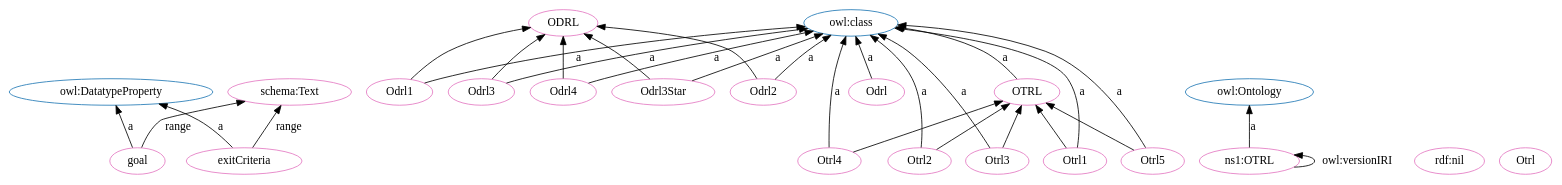
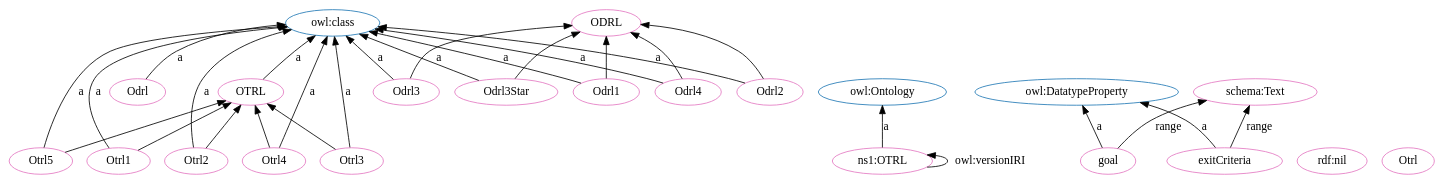
One commit to OPEN-NEXT/OKH-LOSH changed the diagram in OTRL.dot. Above: the diagram before and after it, drawn with Graphviz. The commit also changed other lines of this file and 15 other files, not shown here.

```diff
--- a/OTRL.dot
+++ b/OTRL.dot
@@ -1,56 +1,56 @@
 digraph G {
   rankdir=BT
   node[height=.3]
-"http://www.w3.org/2002/07/owl#DatatypeProperty" [fillcolor="#1f77b4" color="#1f77b4" label="owl:DatatypeProperty"]
 "http://purl.org/oseg/ontologies/OTRL#OTRL" [fillcolor="#1f77b4" color="#1f77b4" label="OTRL"]
 "http://www.w3.org/2002/07/owl#class" [fillcolor="#1f77b4" color="#1f77b4" label="owl:class"]
+"http://purl.org/oseg/ontologies/OTRL#ODRL" [fillcolor="#1f77b4" color="#1f77b4" label="ODRL"]
 "http://www.w3.org/2002/07/owl#Ontology" [fillcolor="#1f77b4" color="#1f77b4" label="owl:Ontology"]
-"http://purl.org/oseg/ontologies/OTRL#ODRL" [fillcolor="#1f77b4" color="#1f77b4" label="ODRL"]
+"http://www.w3.org/2002/07/owl#DatatypeProperty" [fillcolor="#1f77b4" color="#1f77b4" label="owl:DatatypeProperty"]
+"http://purl.org/oseg/ontologies/OTRL#Otrl3" [fillcolor="#e377c2" color="#e377c2" label="Otrl3"]
+"http://purl.org/oseg/ontologies/OTRL#Odrl" [fillcolor="#e377c2" color="#e377c2" label="Odrl"]
 "http://purl.org/oseg/ontologies/OTRL#OTRL" [fillcolor="#e377c2" color="#e377c2" label="OTRL"]
-"http://purl.org/oseg/ontologies/OTRL#Otrl2" [fillcolor="#e377c2" color="#e377c2" label="Otrl2"]
+"http://schema.org/Text" [fillcolor="#e377c2" color="#e377c2" label="schema:Text"]
+"http://purl.org/oseg/ontologies/OTRL" [fillcolor="#e377c2" color="#e377c2" label="ns1:OTRL"]
+"http://purl.org/oseg/ontologies/OTRL#Odrl4" [fillcolor="#e377c2" color="#e377c2" label="Odrl4"]
 "http://purl.org/oseg/ontologies/OTRL#goal" [fillcolor="#e377c2" color="#e377c2" label="goal"]
+"http://purl.org/oseg/ontologies/OTRL#ODRL" [fillcolor="#e377c2" color="#e377c2" label="ODRL"]
 "http://purl.org/oseg/ontologies/OTRL#Odrl3Star" [fillcolor="#e377c2" color="#e377c2" label="Odrl3Star"]
 "http://www.w3.org/1999/02/22-rdf-syntax-ns#nil" [fillcolor="#e377c2" color="#e377c2" label="rdf:nil"]
 "http://purl.org/oseg/ontologies/OTRL#Otrl5" [fillcolor="#e377c2" color="#e377c2" label="Otrl5"]
 "http://purl.org/oseg/ontologies/OTRL#Otrl" [fillcolor="#e377c2" color="#e377c2" label="Otrl"]
-"http://purl.org/oseg/ontologies/OTRL#Odrl" [fillcolor="#e377c2" color="#e377c2" label="Odrl"]
-"http://purl.org/oseg/ontologies/OTRL#ODRL" [fillcolor="#e377c2" color="#e377c2" label="ODRL"]
-"http://purl.org/oseg/ontologies/OTRL#Otrl3" [fillcolor="#e377c2" color="#e377c2" label="Otrl3"]
-"http://schema.org/Text" [fillcolor="#e377c2" color="#e377c2" label="schema:Text"]
-"http://purl.org/oseg/ontologies/OTRL" [fillcolor="#e377c2" color="#e377c2" label="ns1:OTRL"]
-"http://purl.org/oseg/ontologies/OTRL#Otrl4" [fillcolor="#e377c2" color="#e377c2" label="Otrl4"]
-"http://purl.org/oseg/ontologies/OTRL#Odrl4" [fillcolor="#e377c2" color="#e377c2" label="Odrl4"]
+"http://purl.org/oseg/ontologies/OTRL#Odrl3" [fillcolor="#e377c2" color="#e377c2" label="Odrl3"]
+"http://purl.org/oseg/ontologies/OTRL#Otrl2" [fillcolor="#e377c2" color="#e377c2" label="Otrl2"]
 "http://purl.org/oseg/ontologies/OTRL#exitCriteria" [fillcolor="#e377c2" color="#e377c2" label="exitCriteria"]
+"http://purl.org/oseg/ontologies/OTRL#Odrl1" [fillcolor="#e377c2" color="#e377c2" label="Odrl1"]
 "http://purl.org/oseg/ontologies/OTRL#Otrl1" [fillcolor="#e377c2" color="#e377c2" label="Otrl1"]
 "http://purl.org/oseg/ontologies/OTRL#Odrl2" [fillcolor="#e377c2" color="#e377c2" label="Odrl2"]
-"http://purl.org/oseg/ontologies/OTRL#Odrl1" [fillcolor="#e377c2" color="#e377c2" label="Odrl1"]
-"http://purl.org/oseg/ontologies/OTRL#Odrl3" [fillcolor="#e377c2" color="#e377c2" label="Odrl3"]
+"http://purl.org/oseg/ontologies/OTRL#Otrl4" [fillcolor="#e377c2" color="#e377c2" label="Otrl4"]
+  "http://purl.org/oseg/ontologies/OTRL#OTRL" -> "http://www.w3.org/2002/07/owl#class" [label="a"]
+  "http://purl.org/oseg/ontologies/OTRL#goal" -> "http://schema.org/Text" [label="range"]
   "http://purl.org/oseg/ontologies/OTRL#goal" -> "http://www.w3.org/2002/07/owl#DatatypeProperty" [label="a"]
-  "http://purl.org/oseg/ontologies/OTRL#Otrl3" -> "http://purl.org/oseg/ontologies/OTRL#OTRL" [label=""]
   "http://purl.org/oseg/ontologies/OTRL#Odrl" -> "http://www.w3.org/2002/07/owl#class" [label="a"]
   "http://purl.org/oseg/ontologies/OTRL#Odrl3" -> "http://purl.org/oseg/ontologies/OTRL#ODRL" [label=""]
+  "http://purl.org/oseg/ontologies/OTRL#Otrl2" -> "http://purl.org/oseg/ontologies/OTRL#OTRL" [label=""]
+  "http://purl.org/oseg/ontologies/OTRL#Otrl1" -> "http://purl.org/oseg/ontologies/OTRL#OTRL" [label=""]
+  "http://purl.org/oseg/ontologies/OTRL#Odrl1" -> "http://purl.org/oseg/ontologies/OTRL#ODRL" [label=""]
   "http://purl.org/oseg/ontologies/OTRL#Otrl4" -> "http://purl.org/oseg/ontologies/OTRL#OTRL" [label=""]
-  "http://purl.org/oseg/ontologies/OTRL#Odrl4" -> "http://purl.org/oseg/ontologies/OTRL#ODRL" [label=""]
+  "http://purl.org/oseg/ontologies/OTRL#exitCriteria" -> "http://schema.org/Text" [label="range"]
+  "http://purl.org/oseg/ontologies/OTRL#exitCriteria" -> "http://www.w3.org/2002/07/owl#DatatypeProperty" [label="a"]
+  "http://purl.org/oseg/ontologies/OTRL#Otrl3" -> "http://www.w3.org/2002/07/owl#class" [label="a"]
+  "http://purl.org/oseg/ontologies/OTRL" -> "http://www.w3.org/2002/07/owl#Ontology" [label="a"]
+  "http://purl.org/oseg/ontologies/OTRL#Odrl4" -> "http://www.w3.org/2002/07/owl#class" [label="a"]
+  "http://purl.org/oseg/ontologies/OTRL#Odrl3Star" -> "http://www.w3.org/2002/07/owl#class" [label="a"]
+  "http://purl.org/oseg/ontologies/OTRL#Odrl3Star" -> "http://purl.org/oseg/ontologies/OTRL#ODRL" [label=""]
+  "http://purl.org/oseg/ontologies/OTRL#Otrl5" -> "http://www.w3.org/2002/07/owl#class" [label="a"]
+  "http://purl.org/oseg/ontologies/OTRL#Otrl5" -> "http://purl.org/oseg/ontologies/OTRL#OTRL" [label=""]
+  "http://purl.org/oseg/ontologies/OTRL#Otrl3" -> "http://purl.org/oseg/ontologies/OTRL#OTRL" [label=""]
   "http://purl.org/oseg/ontologies/OTRL#Otrl4" -> "http://www.w3.org/2002/07/owl#class" [label="a"]
   "http://purl.org/oseg/ontologies/OTRL#Odrl3" -> "http://www.w3.org/2002/07/owl#class" [label="a"]
+  "http://purl.org/oseg/ontologies/OTRL#Otrl2" -> "http://www.w3.org/2002/07/owl#class" [label="a"]
+  "http://purl.org/oseg/ontologies/OTRL#Odrl4" -> "http://purl.org/oseg/ontologies/OTRL#ODRL" [label=""]
+  "http://purl.org/oseg/ontologies/OTRL" -> "http://purl.org/oseg/ontologies/OTRL" [label="owl:versionIRI"]
   "http://purl.org/oseg/ontologies/OTRL#Odrl2" -> "http://purl.org/oseg/ontologies/OTRL#ODRL" [label=""]
+  "http://purl.org/oseg/ontologies/OTRL#Odrl1" -> "http://www.w3.org/2002/07/owl#class" [label="a"]
+  "http://purl.org/oseg/ontologies/OTRL#Odrl2" -> "http://www.w3.org/2002/07/owl#class" [label="a"]
   "http://purl.org/oseg/ontologies/OTRL#Otrl1" -> "http://www.w3.org/2002/07/owl#class" [label="a"]
-  "http://purl.org/oseg/ontologies/OTRL#Odrl1" -> "http://purl.org/oseg/ontologies/OTRL#ODRL" [label=""]
-  "http://purl.org/oseg/ontologies/OTRL#Odrl2" -> "http://www.w3.org/2002/07/owl#class" [label="a"]
-  "http://purl.org/oseg/ontologies/OTRL#Otrl2" -> "http://purl.org/oseg/ontologies/OTRL#OTRL" [label=""]
-  "http://purl.org/oseg/ontologies/OTRL#Otrl5" -> "http://purl.org/oseg/ontologies/OTRL#OTRL" [label=""]
-  "http://purl.org/oseg/ontologies/OTRL#Otrl2" -> "http://www.w3.org/2002/07/owl#class" [label="a"]
-  "http://purl.org/oseg/ontologies/OTRL#Odrl3Star" -> "http://www.w3.org/2002/07/owl#class" [label="a"]
-  "http://purl.org/oseg/ontologies/OTRL#Otrl5" -> "http://www.w3.org/2002/07/owl#class" [label="a"]
-  "http://purl.org/oseg/ontologies/OTRL#Otrl3" -> "http://www.w3.org/2002/07/owl#class" [label="a"]
-  "http://purl.org/oseg/ontologies/OTRL#Odrl3Star" -> "http://purl.org/oseg/ontologies/OTRL#ODRL" [label=""]
-  "http://purl.org/oseg/ontologies/OTRL#Otrl1" -> "http://purl.org/oseg/ontologies/OTRL#OTRL" [label=""]
-  "http://purl.org/oseg/ontologies/OTRL#exitCriteria" -> "http://schema.org/Text" [label="range"]
-  "http://purl.org/oseg/ontologies/OTRL" -> "http://purl.org/oseg/ontologies/OTRL" [label="owl:versionIRI"]
-  "http://purl.org/oseg/ontologies/OTRL#Odrl4" -> "http://www.w3.org/2002/07/owl#class" [label="a"]
-  "http://purl.org/oseg/ontologies/OTRL#exitCriteria" -> "http://www.w3.org/2002/07/owl#DatatypeProperty" [label="a"]
-  "http://purl.org/oseg/ontologies/OTRL" -> "http://www.w3.org/2002/07/owl#Ontology" [label="a"]
-  "http://purl.org/oseg/ontologies/OTRL#OTRL" -> "http://www.w3.org/2002/07/owl#class" [label="a"]
-  "http://purl.org/oseg/ontologies/OTRL#Odrl1" -> "http://www.w3.org/2002/07/owl#class" [label="a"]
-  "http://purl.org/oseg/ontologies/OTRL#goal" -> "http://schema.org/Text" [label="range"]
 }
```
